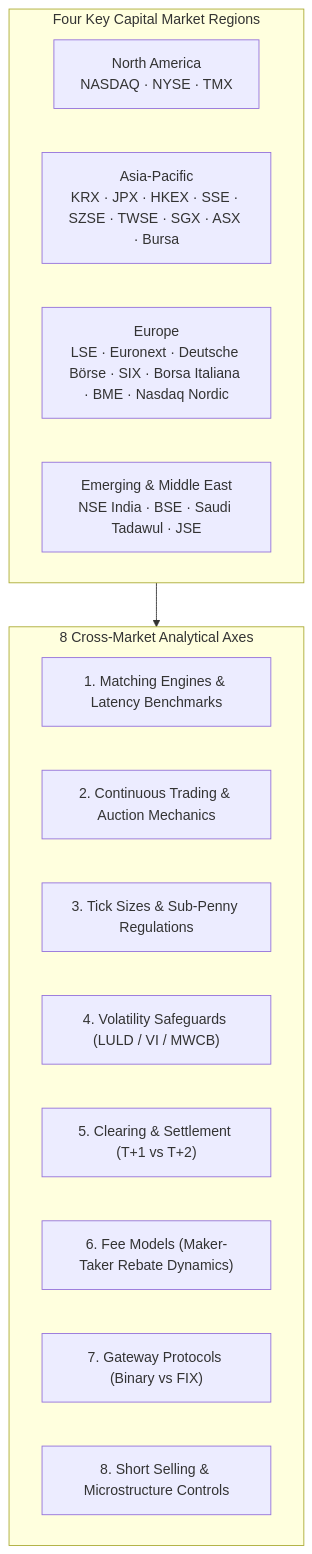
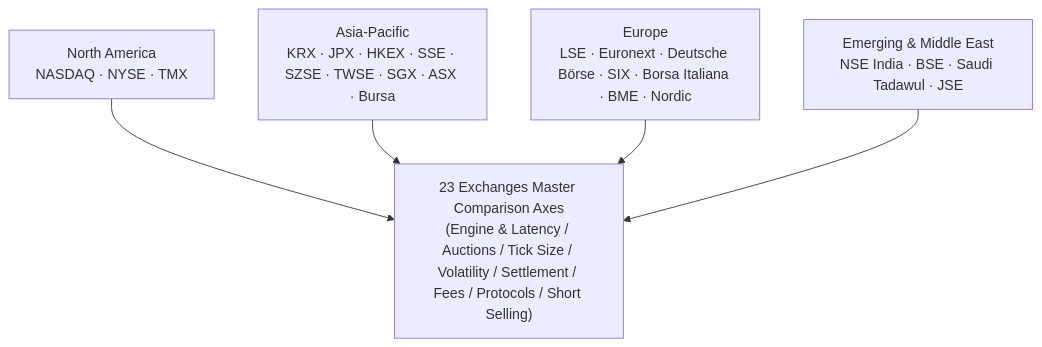
Before and after one commit to keimania/global-exchanges: the first of 4 diagrams in en/comparison_matrix.md, drawn with Mermaid. The commit also changed other lines of this file and 3 other files, not shown here.

Commit message:
fix: resolve KaTeX/Mermaid conflicts in comparison matrix and enhance dark mode UI

````diff
--- a/en/comparison_matrix.md
+++ b/en/comparison_matrix.md
@@ -14,22 +14,14 @@
 ```mermaid
 flowchart TD
-    subgraph Global_Regions["Four Key Capital Market Regions"]
-        NA["North America<br>NASDAQ · NYSE · TMX"]
-        APAC["Asia-Pacific<br>KRX · JPX · HKEX · SSE · SZSE · TWSE · SGX · ASX · Bursa"]
-        EU["Europe<br>LSE · Euronext · Deutsche Börse · SIX · Borsa Italiana · BME · Nasdaq Nordic"]
-        EM["Emerging & Middle East<br>NSE India · BSE · Saudi Tadawul · JSE"]
-    end
-    
-    subgraph Core_Axes["8 Cross-Market Analytical Axes"]
-        A1["1. Matching Engines & Latency Benchmarks"]
-        A2["2. Continuous Trading & Auction Mechanics"]
-        A3["3. Tick Sizes & Sub-Penny Regulations"]
-        A4["4. Volatility Safeguards (LULD / VI / MWCB)"]
-        A5["5. Clearing & Settlement (T+1 vs T+2)"]
-        A6["6. Fee Models (Maker-Taker Rebate Dynamics)"]
-        A7["7. Gateway Protocols (Binary vs FIX)"]
-        A8["8. Short Selling & Microstructure Controls"]
-    end
+    NA["North America<br>NASDAQ · NYSE · TMX"]
+    APAC["Asia-Pacific<br>KRX · JPX · HKEX · SSE · SZSE · TWSE · SGX · ASX · Bursa"]
+    EU["Europe<br>LSE · Euronext · Deutsche Börse · SIX · Borsa Italiana · BME · Nordic"]
+    EM["Emerging & Middle East<br>NSE India · BSE · Saudi Tadawul · JSE"]
 
-    Global_Regions --> Core_Axes
+    Matrix["23 Exchanges Master Comparison Axes<br>(Engine & Latency / Auctions / Tick Size / Volatility / Settlement / Fees / Protocols / Short Selling)"]
+
+    NA --> Matrix
+    APAC --> Matrix
+    EU --> Matrix
+    EM --> Matrix
 ```
````
